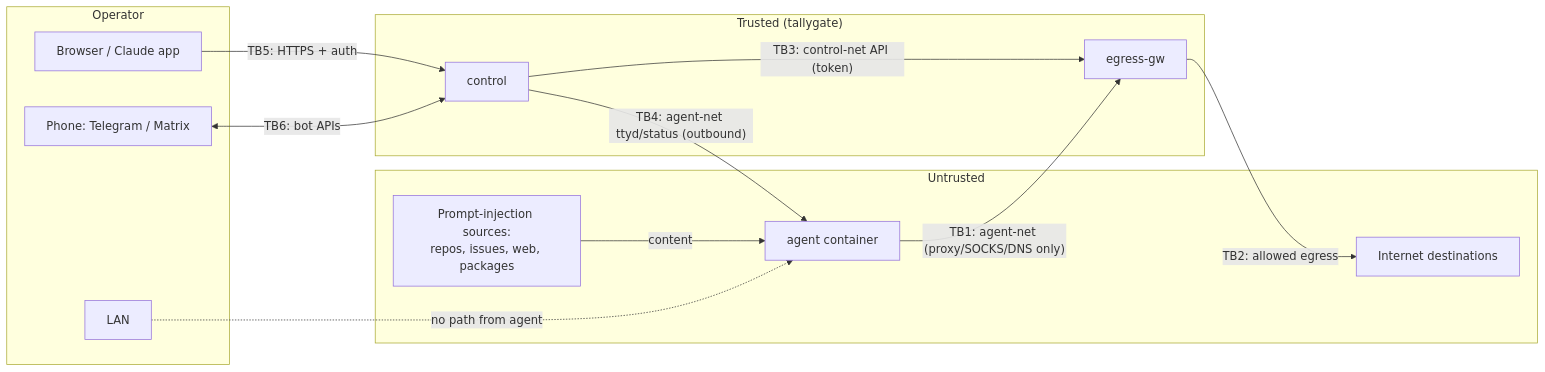
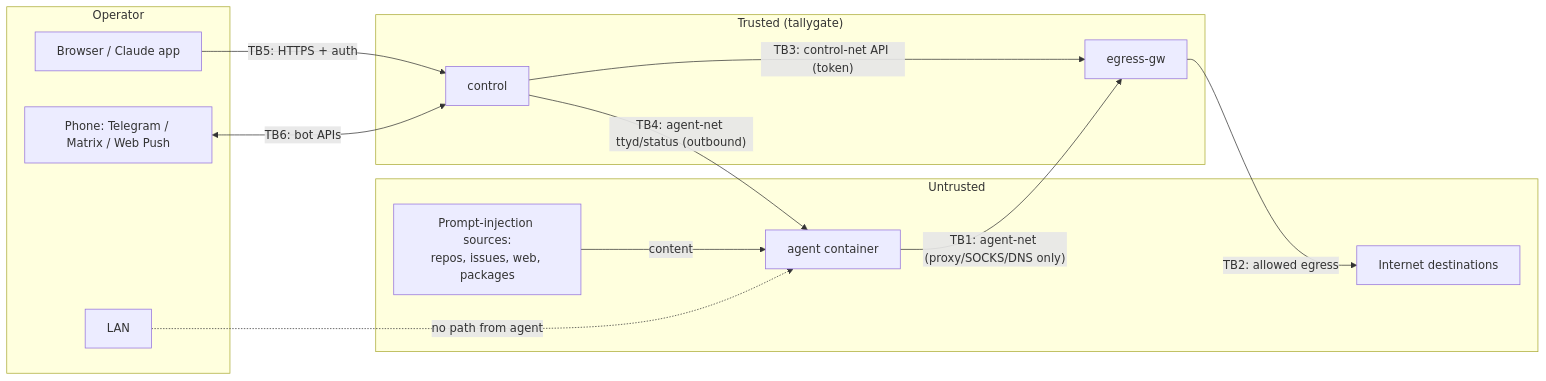
One commit to PhilippMundhenk/tallygate changed the diagram in docs/threat-model.md. Above: the diagram before and after it, drawn with Mermaid. The commit also changed other lines of this file and 28 other files, not shown here.

````diff
--- a/docs/threat-model.md
+++ b/docs/threat-model.md
@@ -28,25 +28,25 @@
 ```mermaid
 flowchart LR
     subgraph U["Untrusted"]
         A[agent container]
         I[Internet destinations]
         TP[Prompt-injection sources:<br/>repos, issues, web, packages]
     end
     subgraph T["Trusted (tallygate)"]
         G[egress-gw]
         C[control]
     end
     subgraph O["Operator"]
         B[Browser / Claude app]
-        P[Phone: Telegram / Matrix]
+        P[Phone: Telegram / Matrix / Web Push]
         L[LAN]
     end
     TP -->|content| A
     A -->|"TB1: agent-net (proxy/SOCKS/DNS only)"| G
     G -->|"TB2: allowed egress"| I
     C -->|"TB3: control-net API (token)"| G
     C -->|"TB4: agent-net ttyd/status (outbound)"| A
     B -->|"TB5: HTTPS + auth"| C
     P <-->|"TB6: bot APIs"| C
     L -.->|"no path from agent"| A
 ```
````
